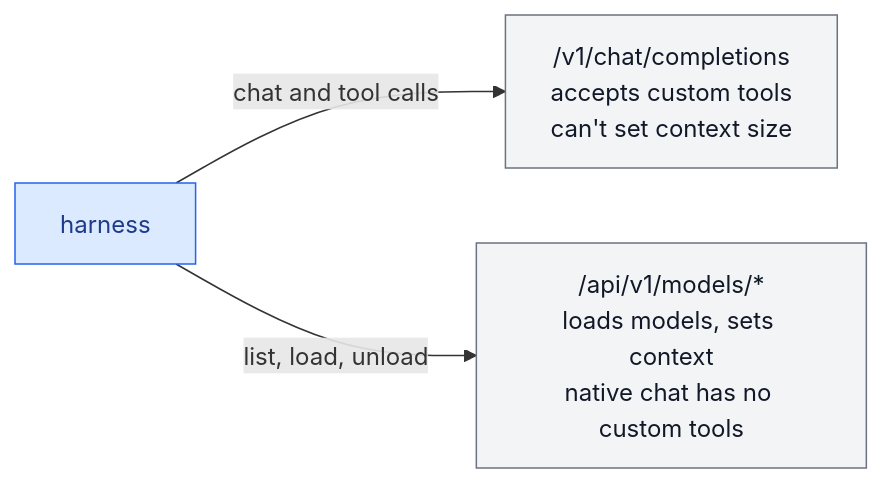
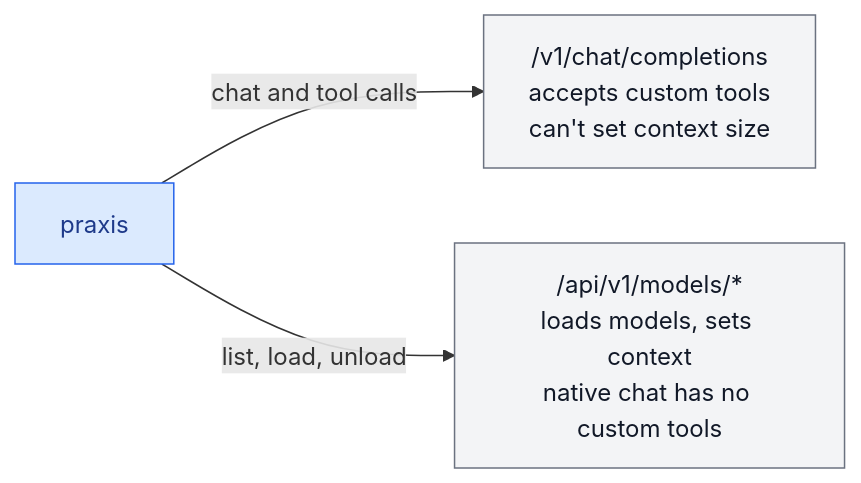
One commit to fzzinchemical/Praxis changed the second of 3 diagrams in ROADMAP.md. Above: the diagram before and after it, drawn with Mermaid. The commit also changed other lines of this file and 318 other files, not shown here.

First line of the commit message:
refactor!: rename harness to praxis

````diff
--- a/ROADMAP.md
+++ b/ROADMAP.md
@@ -96,14 +96,14 @@
 ```mermaid
 flowchart LR
-    harness["harness"]
+    praxis["praxis"]
     chat["/v1/chat/completions<br/>accepts custom tools<br/>can't set context size"]
     admin["/api/v1/models/*<br/>loads models, sets context<br/>native chat has no custom tools"]
 
-    harness -->|"chat and tool calls"| chat
-    harness -->|"list, load, unload"| admin
+    praxis -->|"chat and tool calls"| chat
+    praxis -->|"list, load, unload"| admin
 
-    classDef harness fill:#dbeafe,stroke:#2563eb,color:#1e3a8a
+    classDef praxis fill:#dbeafe,stroke:#2563eb,color:#1e3a8a
     classDef external fill:#f3f4f6,stroke:#6b7280,color:#111827
-    class harness harness
+    class praxis praxis
     class chat,admin external
 ```
````
